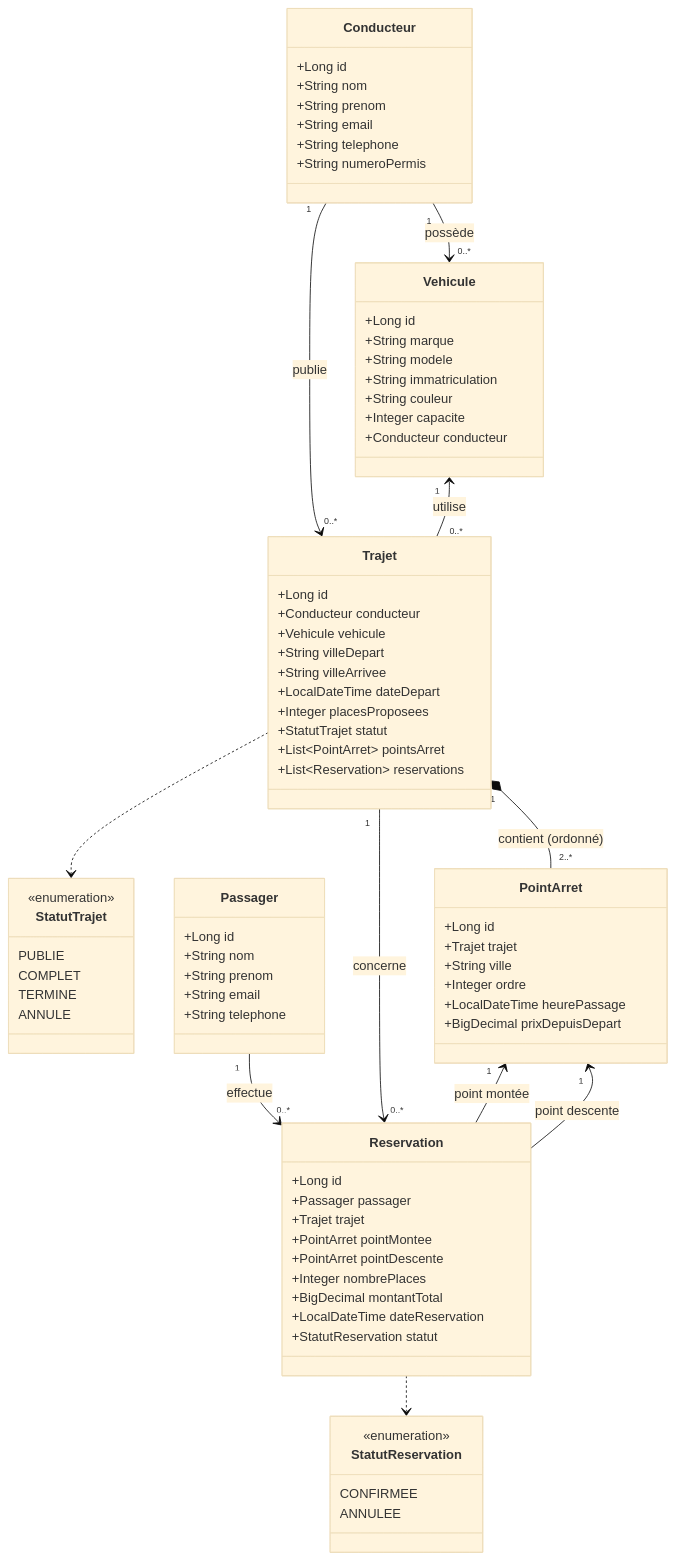
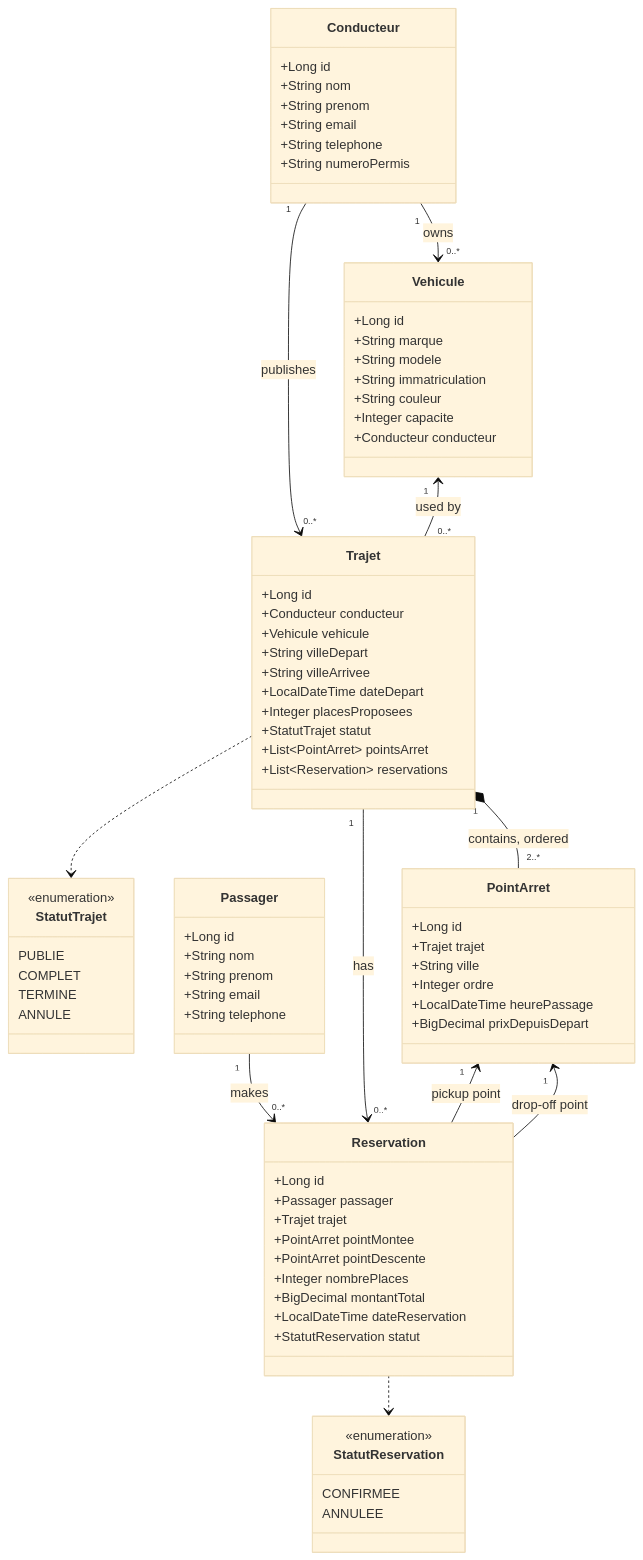
Before and after one commit to SaberM0/Tawsila: the diagram in README.md, drawn with Mermaid (base theme). The commit also changed other lines of this file and 2 other files, not shown here.

````diff
--- a/README.md
+++ b/README.md
@@ -166,14 +169,14 @@
         +StatutReservation statut
     }
 
-    Conducteur "1" --> "0..*" Vehicule : possède
-    Conducteur "1" --> "0..*" Trajet : publie
-    Vehicule "1" <-- "0..*" Trajet : utilise
-    Trajet "1" *-- "2..*" PointArret : contient (ordonné)
-    Passager "1" --> "0..*" Reservation : effectue
-    Trajet "1" --> "0..*" Reservation : concerne
-    PointArret "1" <-- Reservation : point montée
-    PointArret "1" <-- Reservation : point descente
+    Conducteur "1" --> "0..*" Vehicule : owns
+    Conducteur "1" --> "0..*" Trajet : publishes
+    Vehicule "1" <-- "0..*" Trajet : used by
+    Trajet "1" *-- "2..*" PointArret : contains, ordered
+    Passager "1" --> "0..*" Reservation : makes
+    Trajet "1" --> "0..*" Reservation : has
+    PointArret "1" <-- Reservation : pickup point
+    PointArret "1" <-- Reservation : drop-off point
     Trajet ..> StatutTrajet
     Reservation ..> StatutReservation
 ```
````
